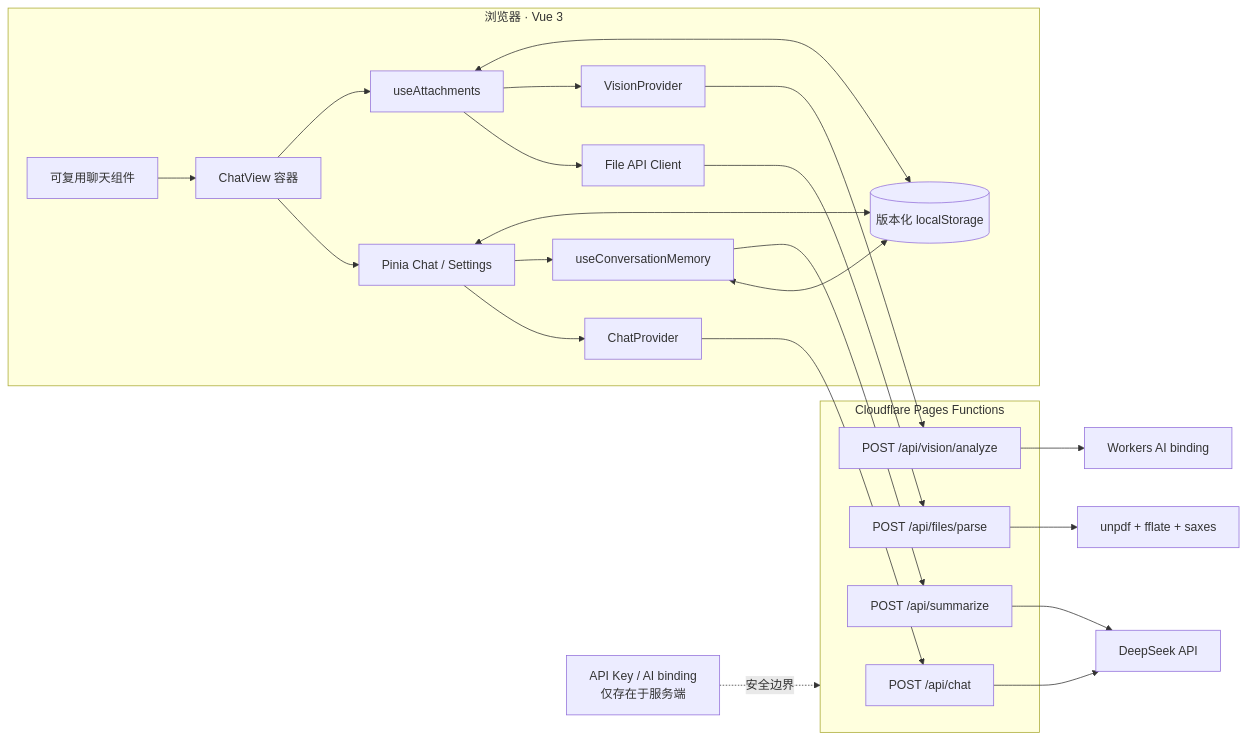
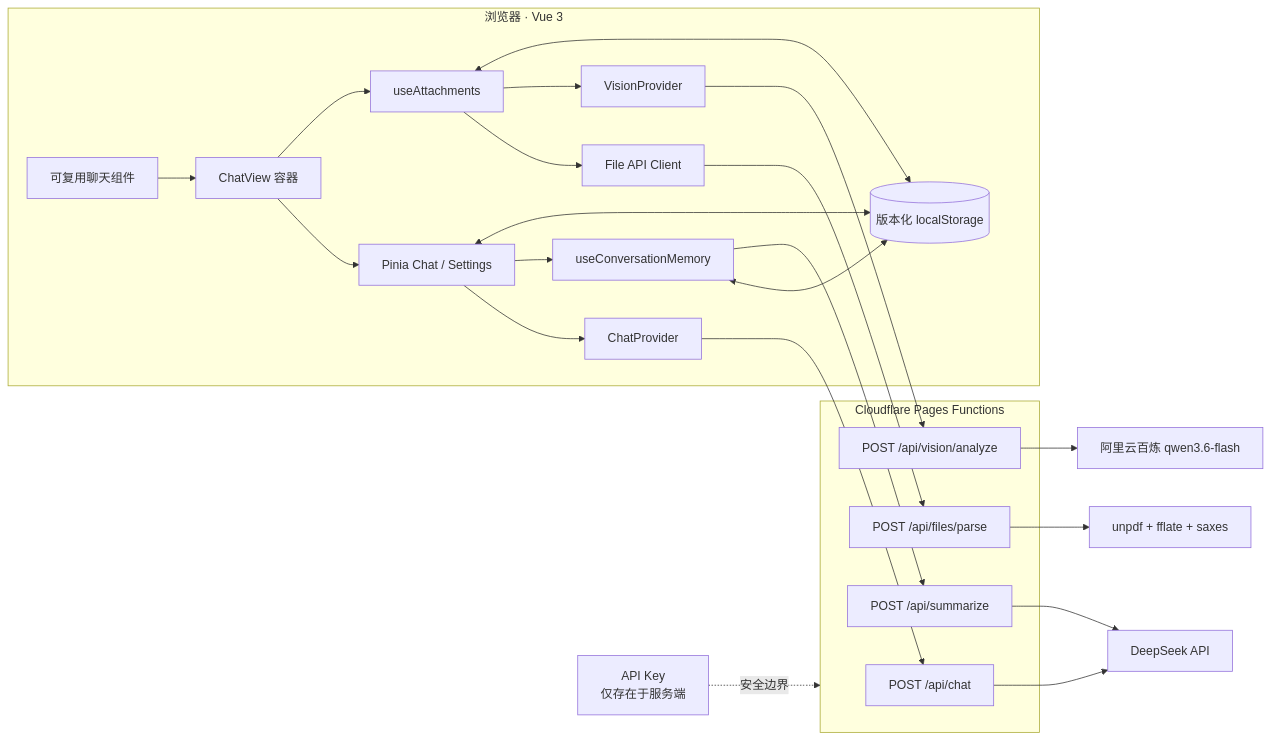
The diagram in README.md (JINLING1/DebugDiva), drawn with Mermaid before and after one commit. The commit also changed other lines of this file and 11 other files, not shown here.

Commit message:
feat: migrate vision analysis to qwen

````diff
--- a/README.md
+++ b/README.md
@@ -36,33 +36,33 @@
 ```mermaid
 flowchart LR
   subgraph Browser["浏览器 · Vue 3"]
     UI["可复用聊天组件"] --> View["ChatView 容器"]
     View --> Store["Pinia Chat / Settings"]
     View --> Attach["useAttachments"]
     Store --> ChatProvider["ChatProvider"]
     Store --> Memory["useConversationMemory"]
     Attach --> FileClient["File API Client"]
     Attach --> VisionProvider["VisionProvider"]
     Store <--> Local[("版本化 localStorage")]
     Attach <--> Local
     Memory <--> Local
   end
 
   subgraph Pages["Cloudflare Pages Functions"]
     ChatAPI["POST /api/chat"]
     FileAPI["POST /api/files/parse"]
     VisionAPI["POST /api/vision/analyze"]
     SummaryAPI["POST /api/summarize"]
   end
 
   ChatProvider --> ChatAPI
   FileClient --> FileAPI
   VisionProvider --> VisionAPI
   Memory --> SummaryAPI
   ChatAPI --> DeepSeek["DeepSeek API"]
   SummaryAPI --> DeepSeek
-  VisionAPI --> WorkersAI["Workers AI binding"]
+  VisionAPI --> Qwen["阿里云百炼 qwen3.6-flash"]
   FileAPI --> Parsers["unpdf + fflate + saxes"]
 
-  Secrets["API Key / AI binding\n仅存在于服务端"] -.安全边界.-> Pages
+  Secrets["API Key\n仅存在于服务端"] -.安全边界.-> Pages
 ```
````
